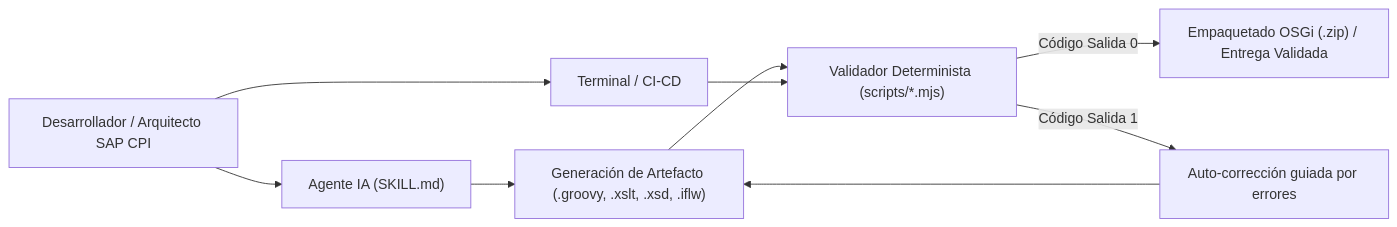
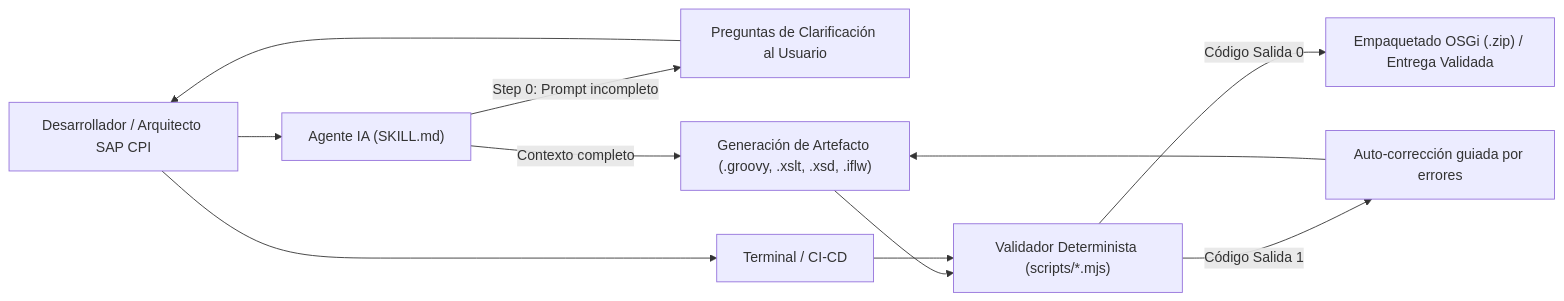
The diagram in docs/ARCHITECTURE.md (nololsabias-spec/sap-cpi-skills-pack), drawn with Mermaid before and after one commit. The commit also changed other lines of this file and 8 other files, not shown here.

````diff
--- a/docs/ARCHITECTURE.md
+++ b/docs/ARCHITECTURE.md
@@ -9,11 +9,13 @@
 ```mermaid
 flowchart LR
     U[" Desarrollador / Arquitecto SAP CPI "] --> A[" Agente IA (SKILL.md) "]
+    A -->|Step 0: Prompt incompleto| Q[" Preguntas de Clarificación al Usuario "]
+    Q --> U
     U --> C[" Terminal / CI-CD "]
-    A --> G[" Generación de Artefacto (.groovy, .xslt, .xsd, .iflw) "]
+    A -->|Contexto completo| G[" Generación de Artefacto (.groovy, .xslt, .xsd, .iflw) "]
     G --> V[" Validador Determinista (scripts/*.mjs) "]
     C --> V
     V -->|Código Salida 0| Z[" Empaquetado OSGi (.zip) / Entrega Validada "]
     V -->|Código Salida 1| R[" Auto-corrección guiada por errores "]
     R --> G
 ```
````
